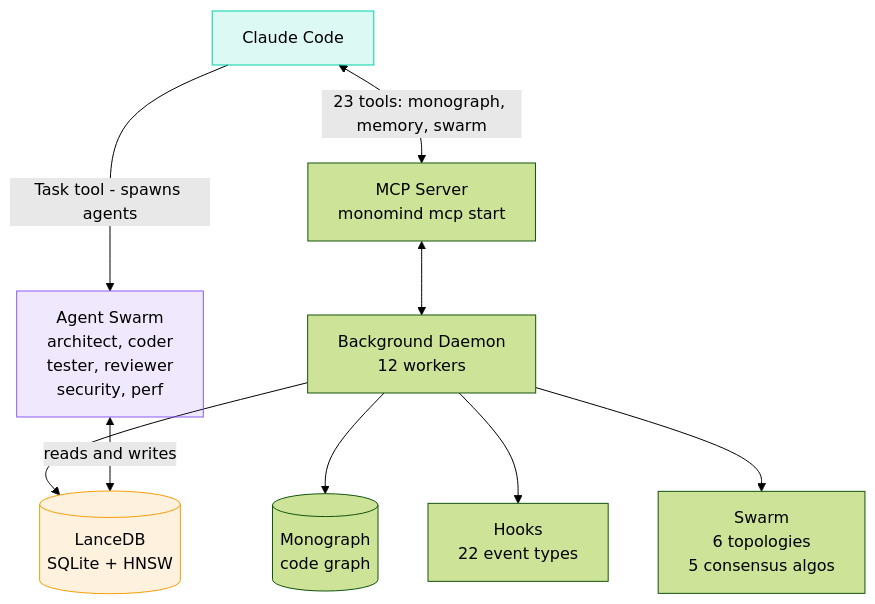
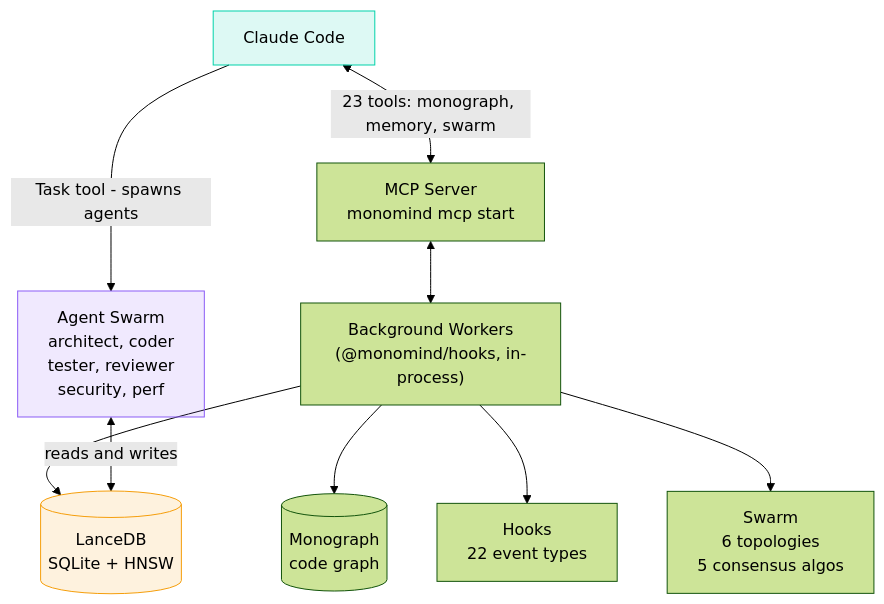
One commit to monoes/monomind changed the sixth of 6 diagrams in README.md. Above: the diagram before and after it, drawn with Mermaid (forest theme). The commit also changed other lines of this file and 201 other files, not shown here.

First line of the commit message:
audit: Phase 5 — hooks package trimmed to real core, daemon folded into hooks, CLI merges

````diff
--- a/README.md
+++ b/README.md
@@ -352,21 +349,21 @@
 ```mermaid
 graph TD
     CC["Claude Code"]
     MCP["MCP Server\nmonomind mcp start"]
-    D["Background Daemon\n12 workers"]
+    D["Background Workers\n(@monomind/hooks, in-process)"]
 
     CC <-->|"23 tools: monograph, memory, swarm"| MCP
     MCP <--> D
 
     D --> ADB[("LanceDB\nSQLite + HNSW")]
     D --> MG[("Monograph\ncode graph")]
     D --> HK["Hooks\n22 event types"]
     D --> SW["Swarm\n6 topologies\n5 consensus algos"]
 
     CC -->|"Task tool - spawns agents"| AG["Agent Swarm\narchitect, coder\ntester, reviewer\nsecurity, perf"]
     AG <-->|reads and writes| ADB
 
     style CC fill:#00D2AA22,stroke:#00D2AA
     style AG fill:#8B5CF622,stroke:#8B5CF6
     style ADB fill:#F59E0B22,stroke:#F59E0B
 ```
````
